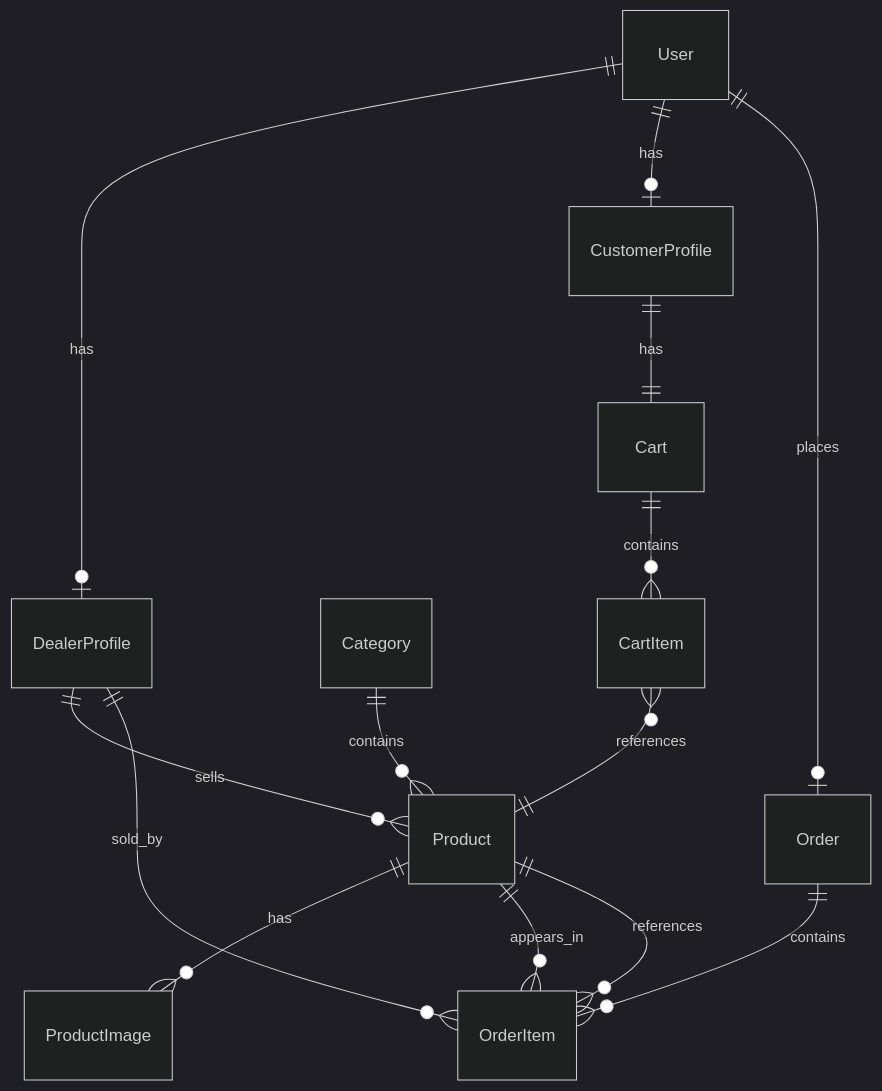
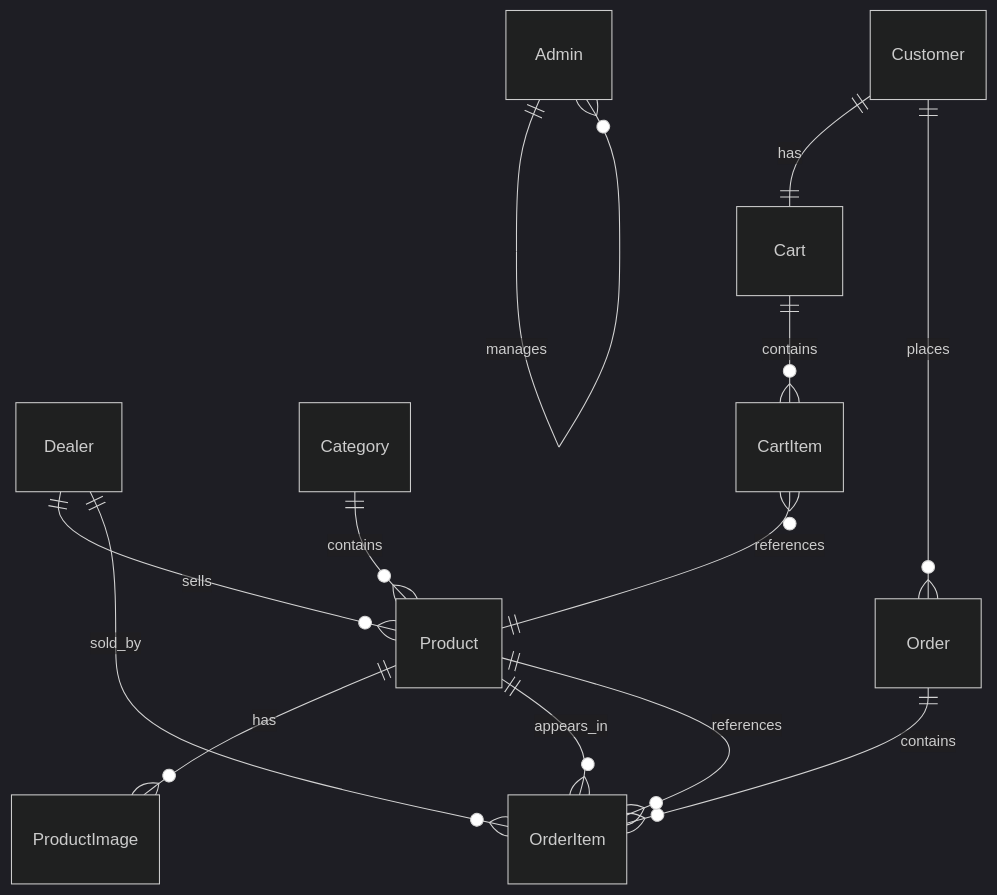
The diagram in Documents/03-DATABASE-DESIGN.md (pranto2051/C-Project), drawn with Mermaid (dark theme) before and after one commit. The commit also changed other lines of this file and 9 other files, not shown here.

````diff
--- a/Documents/03-DATABASE-DESIGN.md
+++ b/Documents/03-DATABASE-DESIGN.md
@@ -5,20 +5,18 @@
 ```mermaid
 erDiagram
-    User ||--o| DealerProfile : "has"
-    User ||--o| CustomerProfile : "has"
-    User ||--o| Order : "places"
-    
-    DealerProfile ||--o{ Product : "sells"
+    Admin ||--o{ Admin : "manages"
+    Dealer ||--o{ Product : "sells"
     Category ||--o{ Product : "contains"
     Product ||--o{ ProductImage : "has"
     
-    CustomerProfile ||--|| Cart : "has"
+    Customer ||--|| Cart : "has"
     Cart ||--o{ CartItem : "contains"
     CartItem }o--|| Product : "references"
     
+    Customer ||--o{ Order : "places"
     Order ||--o{ OrderItem : "contains"
     OrderItem }o--|| Product : "references"
-    OrderItem }o--|| DealerProfile : "sold_by"
+    OrderItem }o--|| Dealer : "sold_by"
     
     Product ||--o{ OrderItem : "appears_in"
 ```
````
